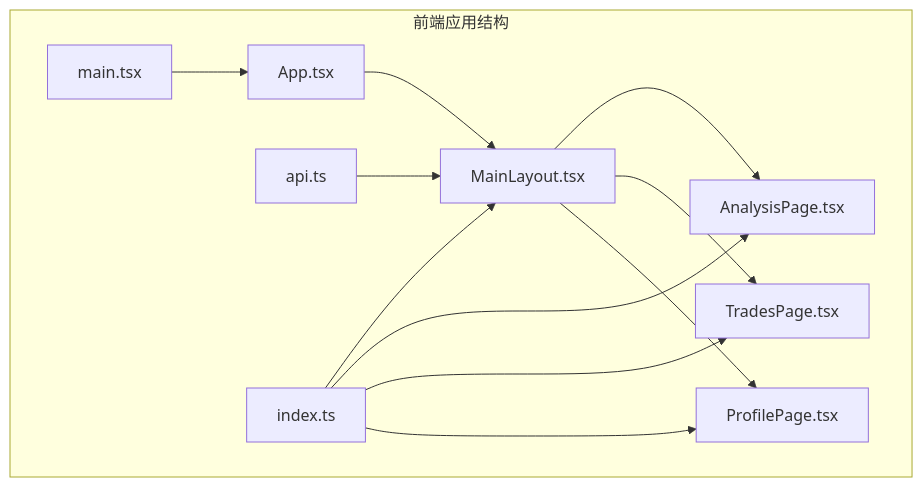
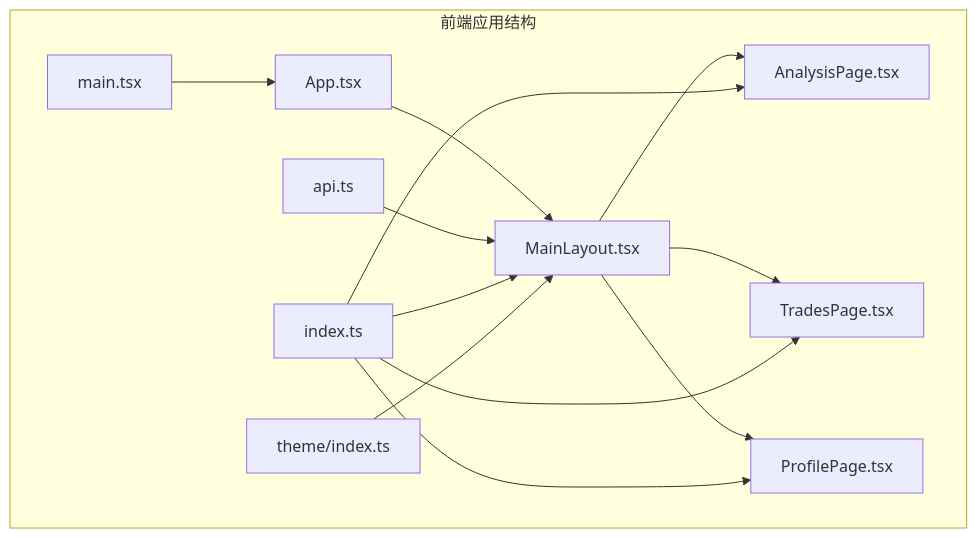
One commit to Moruime/stock_foker changed the first of 13 diagrams in .qoder/repowiki/zh/content/前端组件/布局组件.md. Above: the diagram before and after it, drawn with Mermaid. The commit also changed other lines of this file and 22 other files, not shown here.

````diff
--- a/.qoder/repowiki/zh/content/前端组件/布局组件.md
+++ b/.qoder/repowiki/zh/content/前端组件/布局组件.md
@@ -35,15 +45,16 @@
 ```mermaid
 graph TB
 subgraph "前端应用结构"
 A[main.tsx] --> B[App.tsx]
 B --> C[MainLayout.tsx]
 C --> D[AnalysisPage.tsx]
 C --> E[TradesPage.tsx]
 C --> F[ProfilePage.tsx]
 G[api.ts] --> C
 H[index.ts] --> C
 H --> D
 H --> E
 H --> F
+I[theme/index.ts] --> C
 end
 ```
````
